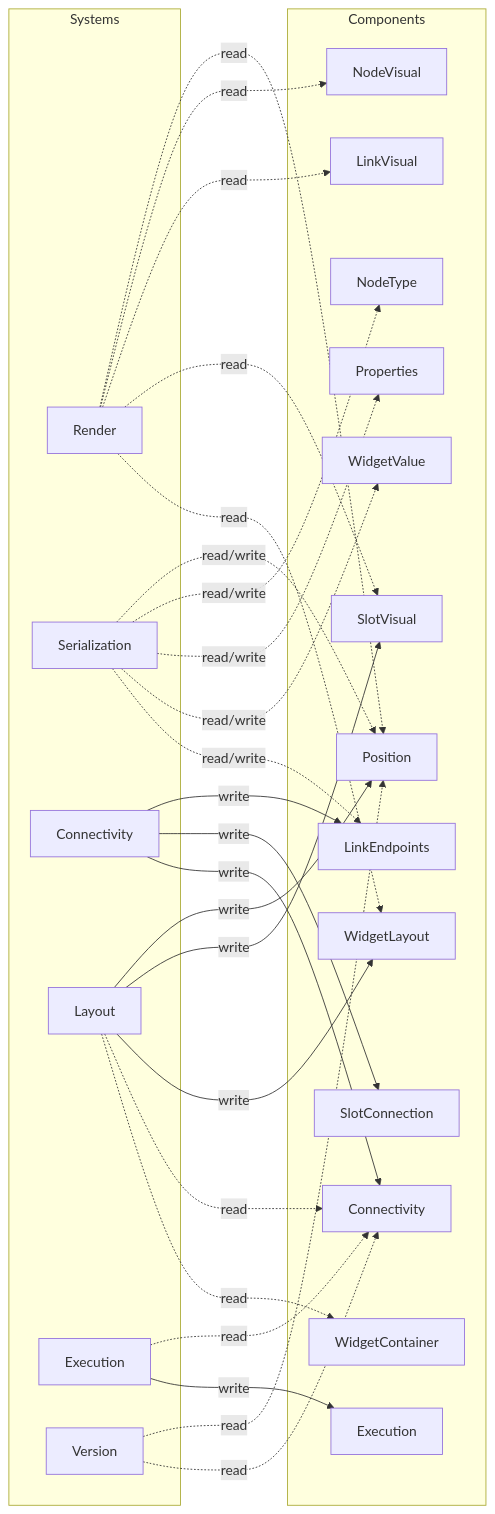
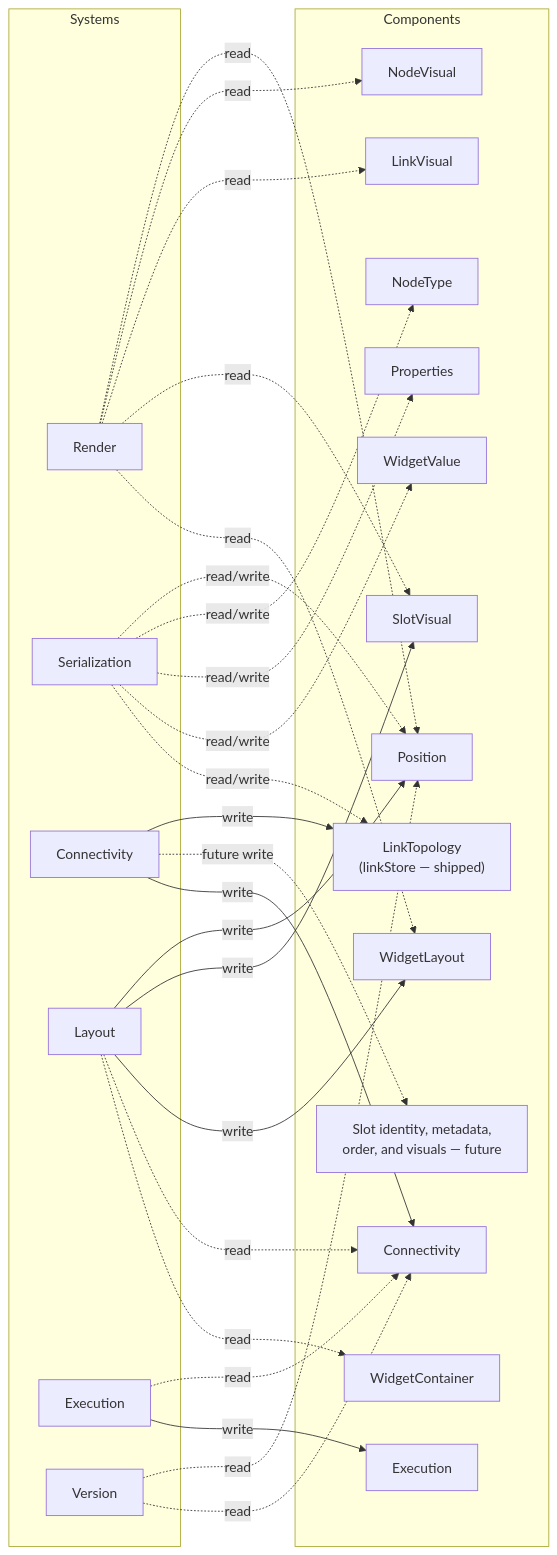
The seventh of 12 diagrams in docs/architecture/ecs-target-architecture.md (Comfy-Org/ComfyUI_frontend), drawn with Mermaid before and after one commit. The commit also changed other lines of this file and 424 other files, not shown here.

````diff
--- a/docs/architecture/ecs-target-architecture.md
+++ b/docs/architecture/ecs-target-architecture.md
@@ -296,55 +341,57 @@
 ```mermaid
 graph LR
     subgraph Systems
         RS["Render"]
         SS["Serialization"]
         CS["Connectivity"]
         LS["Layout"]
         ES["Execution"]
         VS["Version"]
     end
 
     subgraph Components
         Pos["Position"]
         NV["NodeVisual"]
         NT["NodeType"]
         Con["Connectivity"]
         Exe["Execution"]
         Props["Properties"]
         WC["WidgetContainer"]
-        LE["LinkEndpoints"]
+        LE["LinkTopology
+(linkStore — shipped)"]
         LV["LinkVisual"]
-        SC["SlotConnection"]
+        SC["Slot identity, metadata,
+order, and visuals — future"]
         SV["SlotVisual"]
         WVal["WidgetValue"]
         WL["WidgetLayout"]
     end
 
     RS -.->|read| Pos
     RS -.->|read| NV
     RS -.->|read| LV
     RS -.->|read| SV
     RS -.->|read| WL
 
     LS -->|write| Pos
     LS -->|write| SV
     LS -->|write| WL
     LS -.->|read| Con
     LS -.->|read| WC
 
     CS -->|write| LE
-    CS -->|write| SC
+    CS -.->|future write| SC
     CS -->|write| Con
 
     ES -.->|read| Con
     ES -->|write| Exe
 
     SS -.->|read/write| Pos
     SS -.->|read/write| NT
     SS -.->|read/write| Props
     SS -.->|read/write| WVal
     SS -.->|read/write| LE
 
     VS -.->|read| Pos
     VS -.->|read| Con
 ```
````
